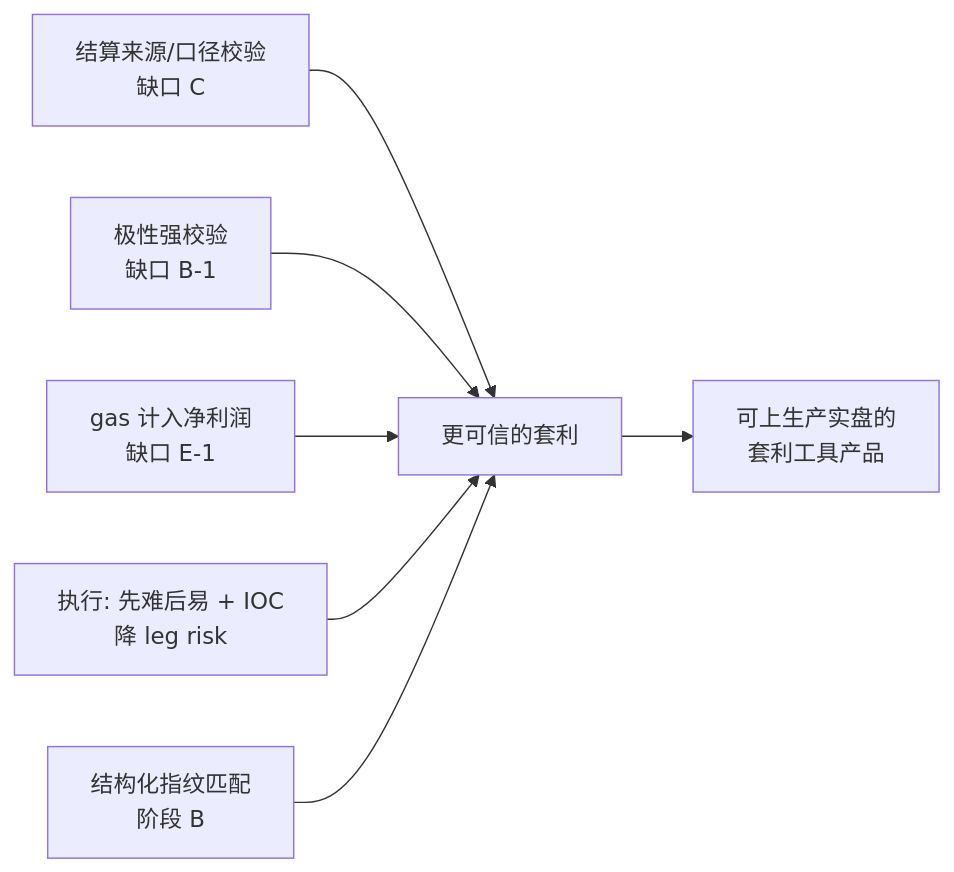
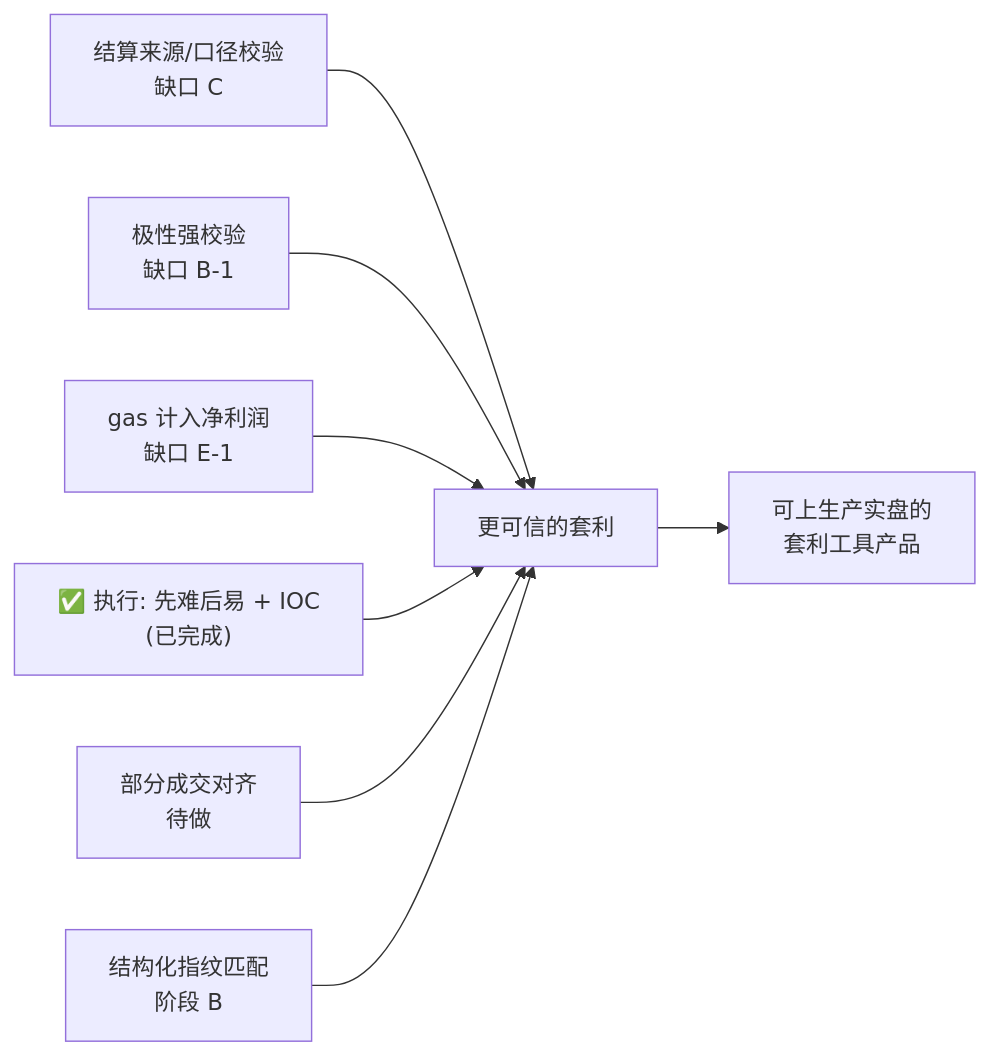
Before and after one commit to survivorff/predict_arbitrage: the fourth of 4 diagrams in docs/14-套利理论与影响因素.md, drawn with Mermaid. The commit also changed other lines of this file and 6 other files, not shown here.

First line of the commit message:
执行安全: 双腿执行加入先难后易 + 全成或撤(IOC),降低 leg risk

````diff
--- a/docs/14-套利理论与影响因素.md
+++ b/docs/14-套利理论与影响因素.md
@@ -352,9 +355,10 @@
 ```mermaid
 flowchart LR
     N1[结算来源/口径校验<br/>缺口 C] --> Now[更可信的套利]
     N2[极性强校验<br/>缺口 B-1] --> Now
     N3[gas 计入净利润<br/>缺口 E-1] --> Now
-    N4[执行: 先难后易 + IOC<br/>降 leg risk] --> Now
+    N4["✅ 执行: 先难后易 + IOC<br/>(已完成)"] --> Now
+    N4b[部分成交对齐<br/>待做] --> Now
     N5[结构化指纹匹配<br/>阶段 B] --> Now
     Now --> Goal[可上生产实盘的<br/>套利工具产品]
 ```
````
